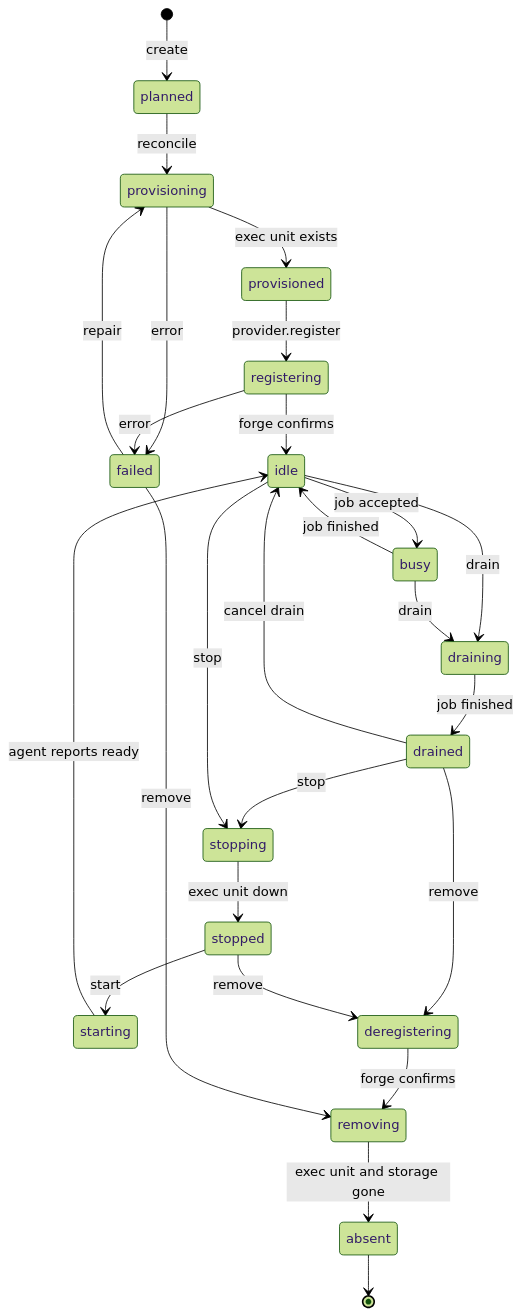
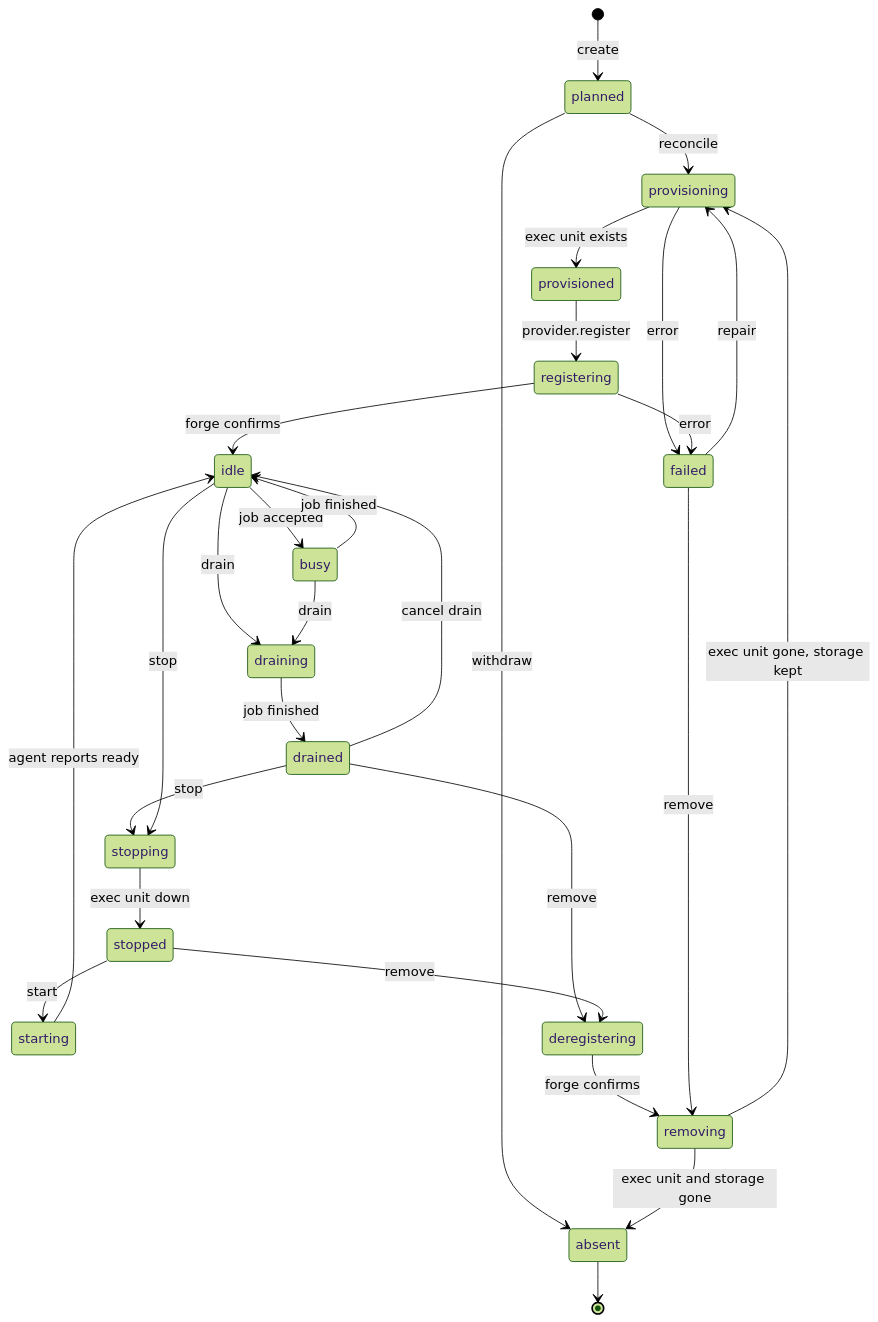
The fourth of 5 diagrams in docs/superpowers/specs/2026-09-17-uniform-hyperv-runner-platform-design.md (NoMercy-Entertainment/nomercy-github-runner), drawn with Mermaid (forest theme) before and after one commit. The commit also changed other lines of this file and 10 other files, not shown here.

````diff
--- a/docs/superpowers/specs/2026-09-17-uniform-hyperv-runner-platform-design.md
+++ b/docs/superpowers/specs/2026-09-17-uniform-hyperv-runner-platform-design.md
@@ -986,28 +986,30 @@
 ```mermaid
 stateDiagram-v2
   [*] --> planned: create
   planned --> provisioning: reconcile
+  planned --> absent: withdraw
   provisioning --> provisioned: exec unit exists
   provisioning --> failed: error
   provisioned --> registering: provider.register
   registering --> idle: forge confirms
   registering --> failed: error
   idle --> busy: job accepted
   busy --> idle: job finished
   idle --> draining: drain
   busy --> draining: drain
   draining --> drained: job finished
   drained --> idle: cancel drain
   drained --> stopping: stop
   idle --> stopping: stop
   stopping --> stopped: exec unit down
   stopped --> starting: start
   starting --> idle: agent reports ready
   drained --> deregistering: remove
   stopped --> deregistering: remove
   deregistering --> removing: forge confirms
   removing --> absent: exec unit and storage gone
+  removing --> provisioning: exec unit gone, storage kept
   failed --> provisioning: repair
   failed --> removing: remove
   absent --> [*]
 ```
````
